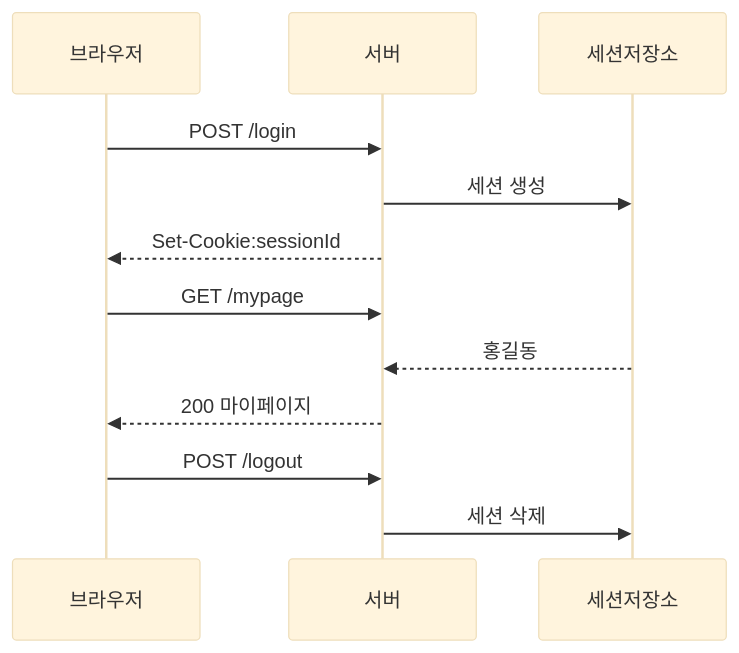
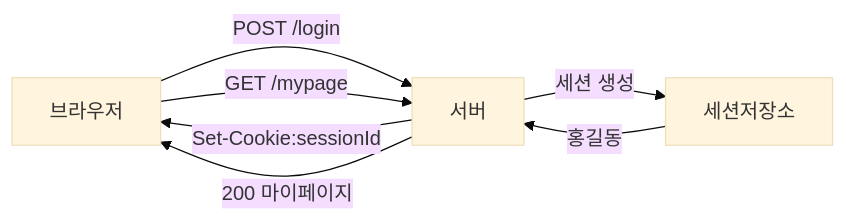
One commit to yjkim2015/yjkim2015.github.io changed the fourth of 4 diagrams in _posts/http/2021-01-24-http-6.md. Above: the diagram before and after it, drawn with Mermaid (base theme). The commit also changed other lines of this file and 50 other files, not shown here.

First line of the commit message:
stateDiagram 11개 graph LR 변환 + 테이블 빈 셀 17개 수정

````diff
--- a/_posts/http/2021-01-24-http-6.md
+++ b/_posts/http/2021-01-24-http-6.md
@@ -330,14 +319,9 @@
 ```mermaid
-sequenceDiagram
-    participant C as 브라우저
-    participant S as 서버
-    participant D as 세션저장소
-    C->>S: POST /login
-    S->>D: 세션 생성
-    S-->>C: Set-Cookie:sessionId
-    C->>S: GET /mypage
-    D-->>S: 홍길동
-    S-->>C: 200 마이페이지
-    C->>S: POST /logout
-    S->>D: 세션 삭제
+graph LR
+    C["브라우저"] -->|"POST /login"| S["서버"]
+    S -->|"세션 생성"| D["세션저장소"]
+    S -->|"Set-Cookie:sessionId"| C
+    C -->|"GET /mypage"| S
+    D -->|"홍길동"| S
+    S -->|"200 마이페이지"| C
 ```
````
